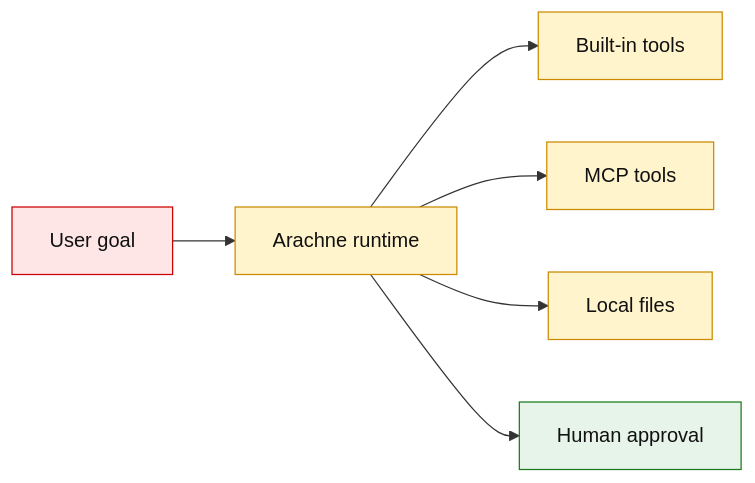
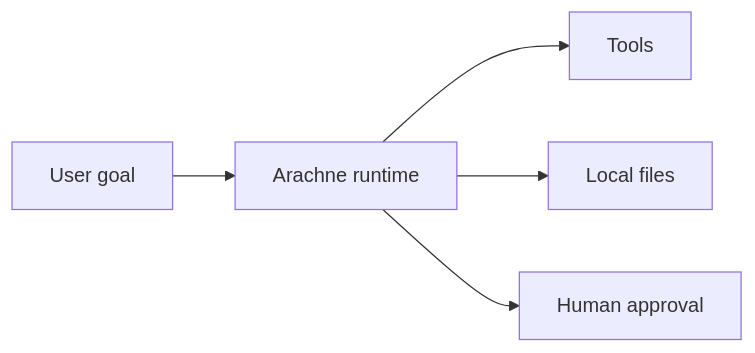
The ninth of 9 diagrams in docs/explanation/architecture.md (Strategic-Automation/arachne), drawn with Mermaid before and after one commit. The commit also changed other lines of this file and 2 other files, not shown here.

Commit message:
docs: simplify Mermaid diagrams for GitHub rendering

````diff
--- a/docs/explanation/architecture.md
+++ b/docs/explanation/architecture.md
@@ -284,17 +224,12 @@
 ```mermaid
-flowchart LR
-    UserGoal[User goal] --> Runtime[Arachne runtime]
-    Runtime --> BuiltinTools[Built-in tools]
-    Runtime --> MCPTools[MCP tools]
-    Runtime --> Files[Local files]
-    Runtime --> HumanGate[Human approval]
-
-    classDef untrusted fill:#ffe6e6,stroke:#cc0000,color:#111;
-    classDef guarded fill:#fff4cc,stroke:#cc8a00,color:#111;
-    classDef trusted fill:#e6f4ea,stroke:#1f7a1f,color:#111;
-
-    class UserGoal untrusted;
-    class Runtime guarded;
-    class BuiltinTools,MCPTools,Files guarded;
-    class HumanGate trusted;
+graph LR
+    A[User goal]
+    B[Arachne runtime]
+    C[Tools]
+    D[Local files]
+    E[Human approval]
+    A --> B
+    B --> C
+    B --> D
+    B --> E
 ```
````
